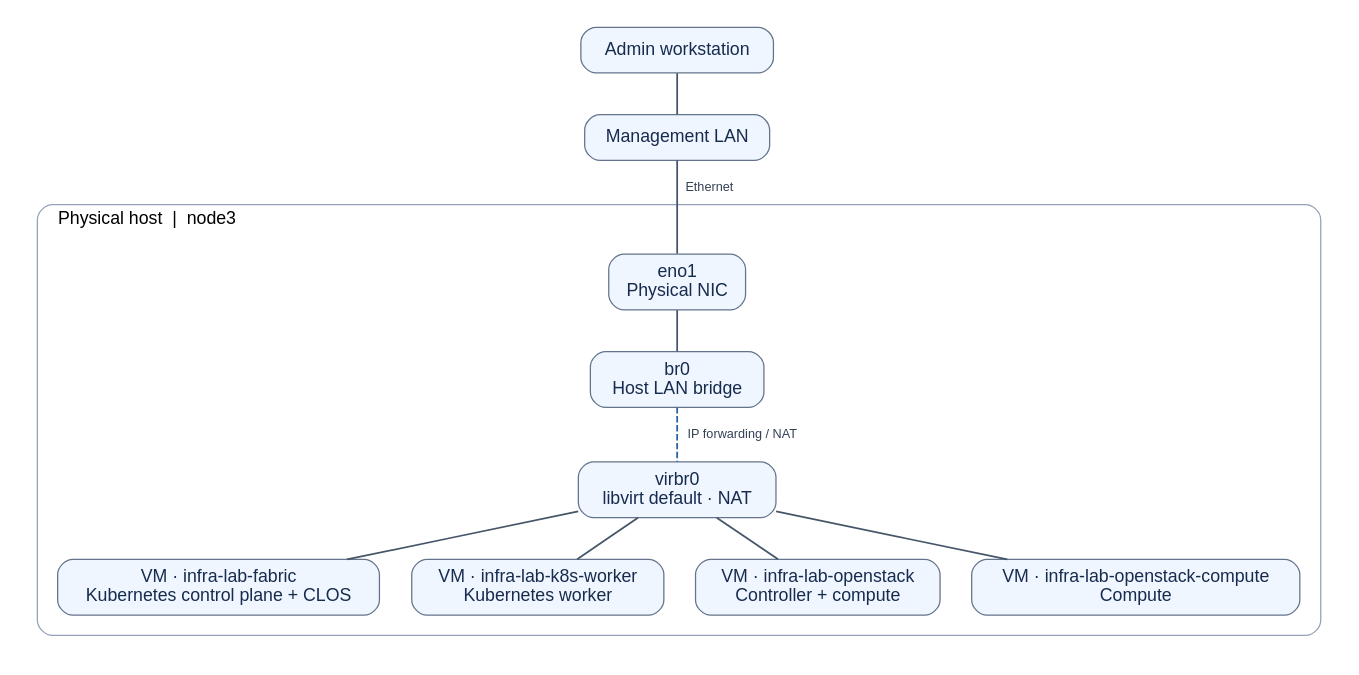
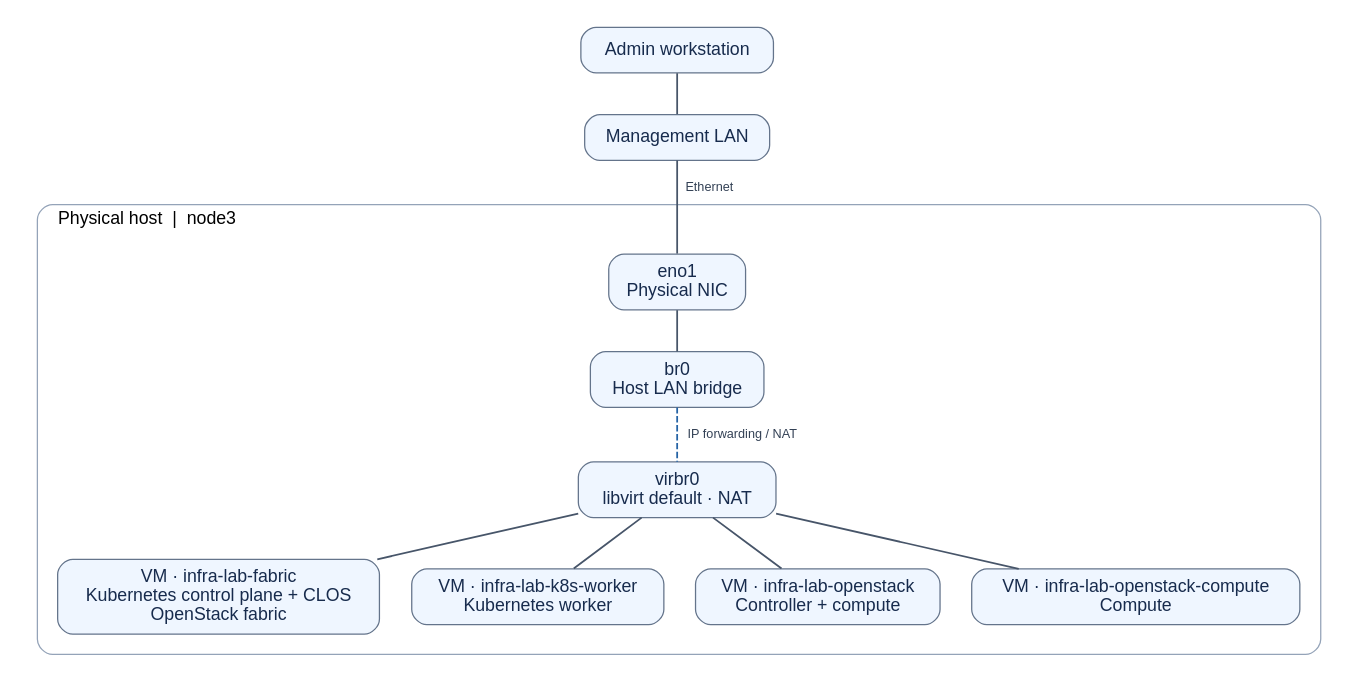
The diagram in common/network.dot (sugaf1204/infra-lab), drawn with Graphviz before and after one commit. The commit also changed 16 other files, not shown here.

Commit message:
Connect OpenStack and Kubernetes nodes directly to dual ToRs

```diff
--- a/common/network.dot
+++ b/common/network.dot
@@ -1,31 +1,31 @@
 graph management {
   graph [rankdir=TB, newrank=true, bgcolor="#ffffff", pad=0.2, nodesep=0.35,
          ranksep=0.45, fontname="Helvetica"];
   node [shape=box, style="rounded,filled", fillcolor="#eff6ff", color="#64748b",
         fontname="Helvetica", fontcolor="#172b4d", margin="0.15,0.1"];
   edge [color="#475569", penwidth=1.4, fontname="Helvetica",
         fontcolor="#334155", fontsize=10];
 
   admin [label="Admin workstation"];
   lan [label="Management LAN"];
   subgraph cluster_physical {
     label="Physical host  |  node3"; labeljust=l;
     color="#94a3b8"; style=rounded; margin=16;
     nic [label="eno1\nPhysical NIC"];
     bridge [label="br0\nHost LAN bridge"];
     nat [label="virbr0\nlibvirt default · NAT"];
-    fabric [label="VM · infra-lab-fabric\nKubernetes control plane + CLOS"];
+    fabric [label="VM · infra-lab-fabric\nKubernetes control plane + CLOS\nOpenStack fabric"];
     worker [label="VM · infra-lab-k8s-worker\nKubernetes worker"];
     openstack [label="VM · infra-lab-openstack\nController + compute"];
     compute [label="VM · infra-lab-openstack-compute\nCompute"];
     nic -- bridge;
     bridge -- nat [label="  IP forwarding / NAT", style=dashed, color="#2563a5"];
     nat -- fabric;
     nat -- worker;
     nat -- openstack;
     nat -- compute;
     {rank=same; fabric; worker; openstack; compute}
   }
   admin -- lan;
   lan -- nic [label="  Ethernet"];
 }
```
